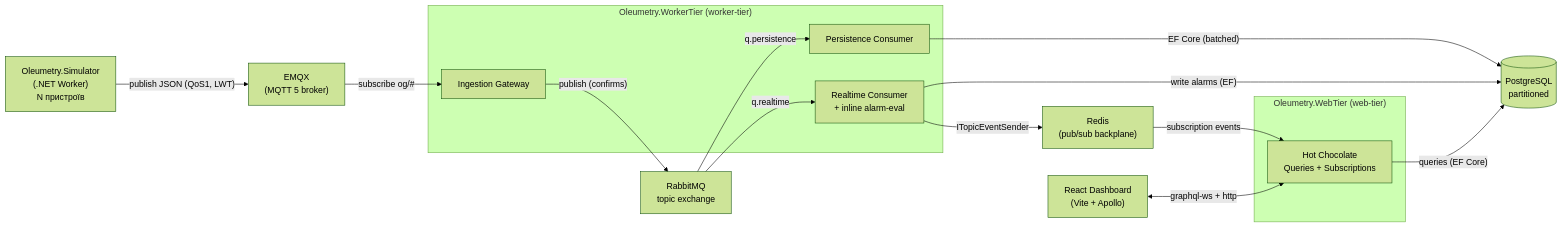
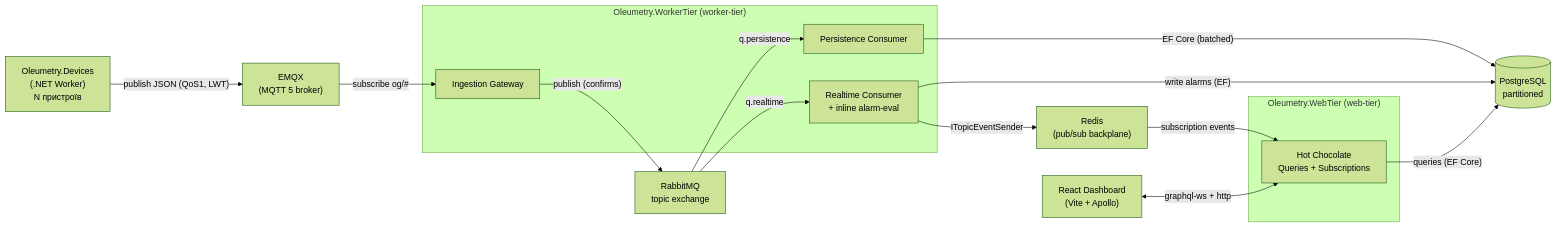
One commit to nasytnyk/oilgas changed the diagram in BRIEF.md. Above: the diagram before and after it, drawn with Mermaid (forest theme). The commit also changed other lines of this file and 7 other files, not shown here.

Commit message:
refactor: rename Simulator host to Devices (edge device emulator)

````diff
--- a/BRIEF.md
+++ b/BRIEF.md
@@ -61,29 +61,29 @@
 ```mermaid
 flowchart LR
-    SIM["Oleumetry.Simulator<br/>(.NET Worker)<br/>N пристроїв"]
+    SIM["Oleumetry.Devices<br/>(.NET Worker)<br/>N пристроїв"]
     BR["EMQX<br/>(MQTT 5 broker)"]
     subgraph WORKER["Oleumetry.WorkerTier (worker-tier)"]
         ING["Ingestion Gateway"]
         PC["Persistence Consumer"]
         RC["Realtime Consumer<br/>+ inline alarm-eval"]
     end
     RMQ["RabbitMQ<br/>topic exchange"]
     REDIS["Redis<br/>(pub/sub backplane)"]
     subgraph WEBTIER["Oleumetry.WebTier (web-tier)"]
         GQL["Hot Chocolate<br/>Queries + Subscriptions"]
     end
     PG[("PostgreSQL<br/>partitioned")]
     WEB["React Dashboard<br/>(Vite + Apollo)"]
 
     SIM -- "publish JSON (QoS1, LWT)" --> BR
     BR -- "subscribe og/#" --> ING
     ING -- "publish (confirms)" --> RMQ
     RMQ -- "q.persistence" --> PC
     RMQ -- "q.realtime" --> RC
     PC -- "EF Core (batched)" --> PG
     RC -- "write alarms (EF)" --> PG
     RC -- "ITopicEventSender" --> REDIS
     REDIS -- "subscription events" --> GQL
     GQL -- "queries (EF Core)" --> PG
     WEB <-- "graphql-ws + http" --> GQL
 ```
````
